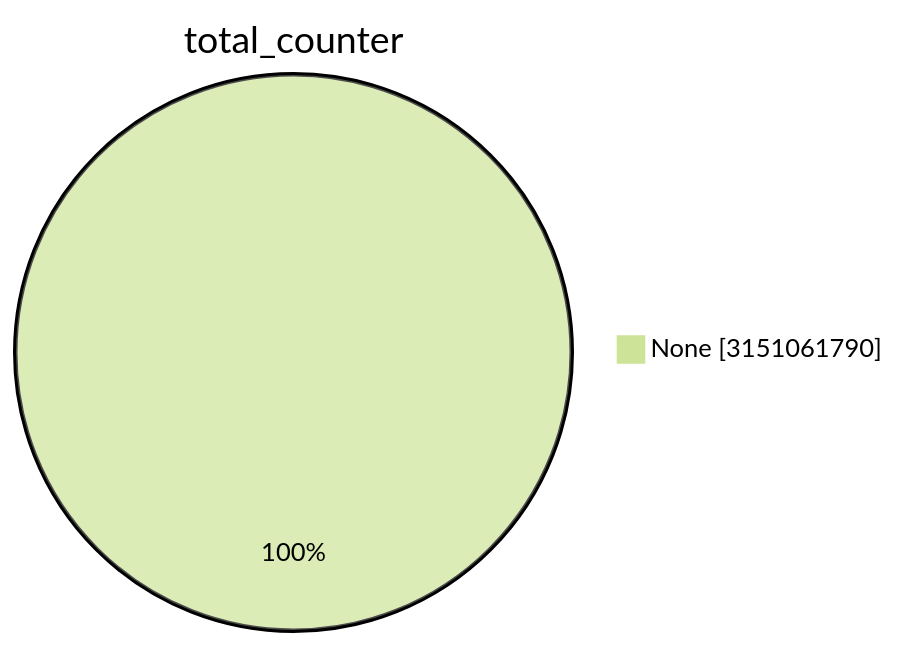
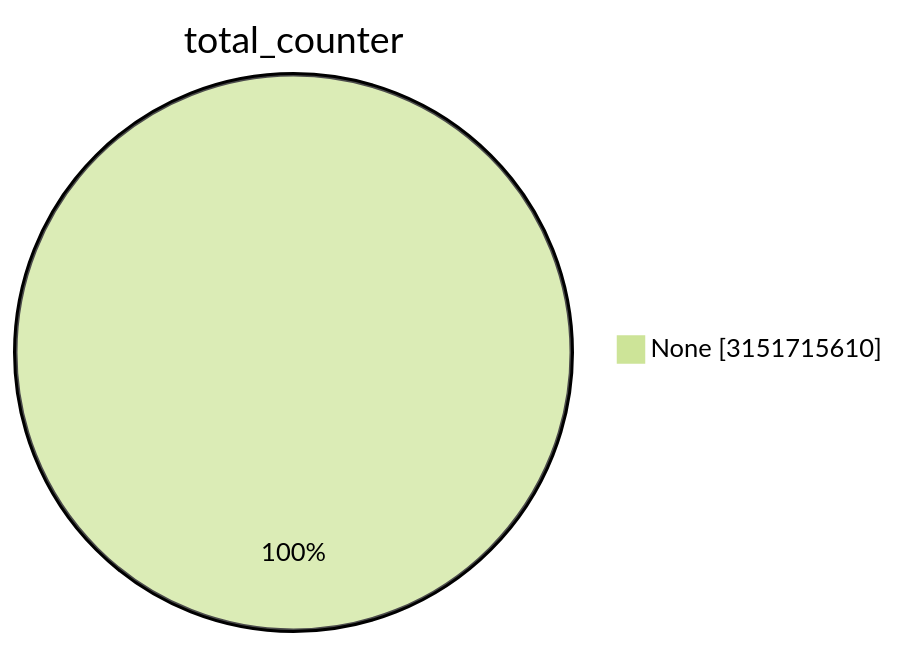
One commit to christiankrug/ctmonitor_visualization changed the first of 15 diagrams in TOTAL/README.md. Above: the diagram before and after it, drawn with Mermaid (forest theme). The commit also changed other lines of this file, not shown here.

````diff
--- a/TOTAL/README.md
+++ b/TOTAL/README.md
@@ -1,5 +1,5 @@
 ```mermaid
 pie showData
 title total_counter
-"None" :3151061790
+"None" :3151715610
 ```
````
